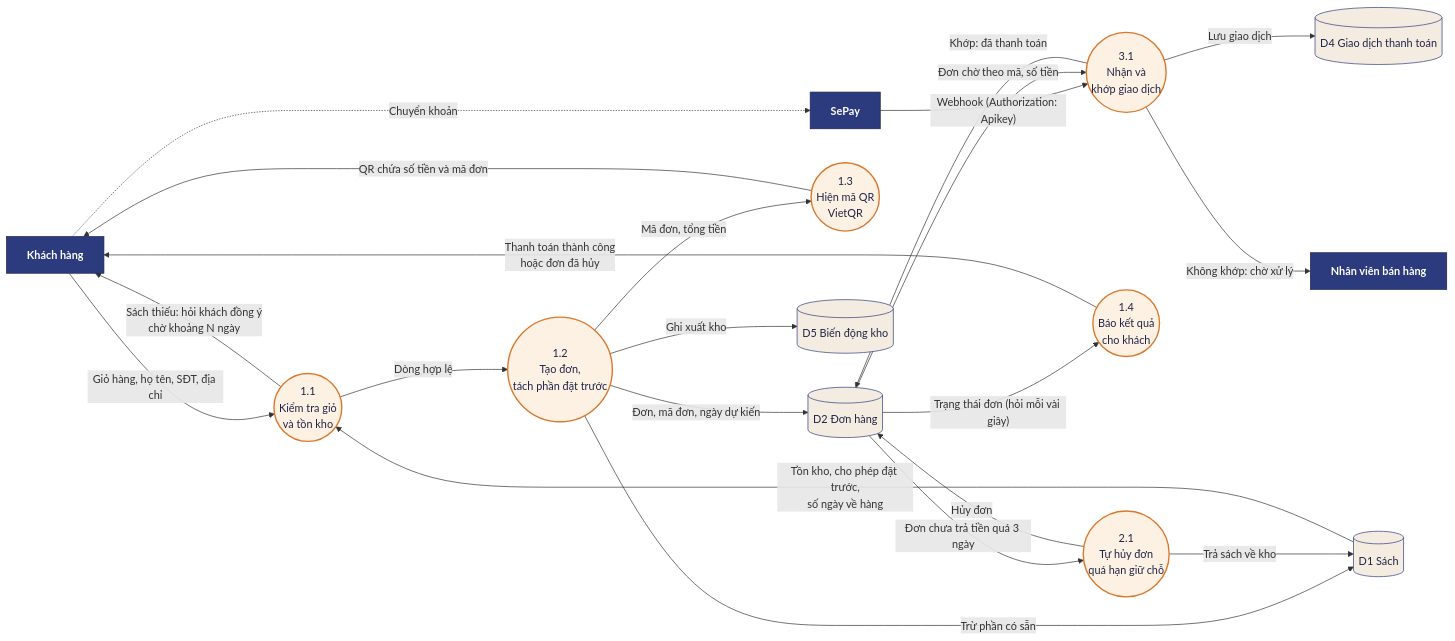
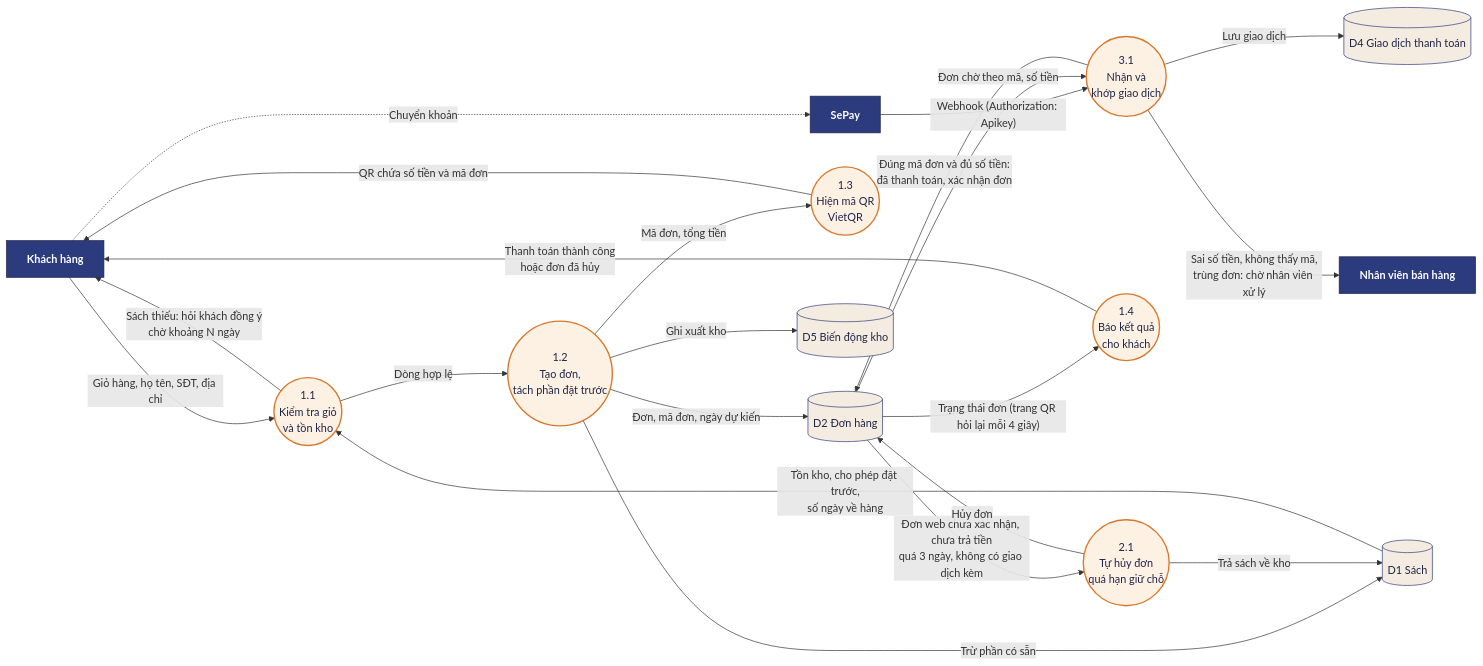
One commit to tonga-ai-star/HEPSTORE_JAPAN_FULL changed the diagram in docs/diagrams/DFD_muc_2_dat_hang_thanh_toan.mmd. Above: the diagram before and after it, drawn with Mermaid. The commit also changed 10 other files, not shown here.

Commit message:
docs: sửa sơ đồ cho khớp code (tự hủy đơn, khớp giao dịch, middleware, lời nhắn); đổi tên trang /admin/ sang Hép Bookstore

```diff
--- a/docs/diagrams/DFD_muc_2_dat_hang_thanh_toan.mmd
+++ b/docs/diagrams/DFD_muc_2_dat_hang_thanh_toan.mmd
@@ -1,37 +1,37 @@
 flowchart LR
   KH["Khách hàng"]:::ent
   SP["SePay"]:::ent
   NV["Nhân viên bán hàng"]:::ent
   P11(("1.1<br/>Kiểm tra giỏ<br/>và tồn kho")):::proc
   P12(("1.2<br/>Tạo đơn,<br/>tách phần đặt trước")):::proc
   P13(("1.3<br/>Hiện mã QR<br/>VietQR")):::proc
   P31(("3.1<br/>Nhận và<br/>khớp giao dịch")):::proc
   P14(("1.4<br/>Báo kết quả<br/>cho khách")):::proc
   P21(("2.1<br/>Tự hủy đơn<br/>quá hạn giữ chỗ")):::proc
   D1[("D1 Sách")]:::store
   D2[("D2 Đơn hàng")]:::store
   D4[("D4 Giao dịch thanh toán")]:::store
   D5[("D5 Biến động kho")]:::store
   KH -- "Giỏ hàng, họ tên, SĐT, địa chỉ" --> P11
   D1 -- "Tồn kho, cho phép đặt trước,<br/>số ngày về hàng" --> P11
   P11 -- "Sách thiếu: hỏi khách đồng ý<br/>chờ khoảng N ngày" --> KH
   P11 -- "Dòng hợp lệ" --> P12
   P12 -- "Trừ phần có sẵn" --> D1
   P12 -- "Ghi xuất kho" --> D5
   P12 -- "Đơn, mã đơn, ngày dự kiến" --> D2
   P12 -- "Mã đơn, tổng tiền" --> P13
   P13 -- "QR chứa số tiền và mã đơn" --> KH
   KH -. "Chuyển khoản" .-> SP
   SP -- "Webhook (Authorization: Apikey)" --> P31
   P31 -- "Lưu giao dịch" --> D4
   D2 -- "Đơn chờ theo mã, số tiền" --> P31
-  P31 -- "Khớp: đã thanh toán" --> D2
-  P31 -- "Không khớp: chờ xử lý" --> NV
-  D2 -- "Trạng thái đơn (hỏi mỗi vài giây)" --> P14
+  P31 -- "Đúng mã đơn và đủ số tiền:<br/>đã thanh toán, xác nhận đơn" --> D2
+  P31 -- "Sai số tiền, không thấy mã,<br/>trùng đơn: chờ nhân viên xử lý" --> NV
+  D2 -- "Trạng thái đơn (trang QR hỏi lại mỗi 4 giây)" --> P14
   P14 -- "Thanh toán thành công<br/>hoặc đơn đã hủy" --> KH
-  D2 -- "Đơn chưa trả tiền quá 3 ngày" --> P21
+  D2 -- "Đơn web chưa xác nhận, chưa trả tiền<br/>quá 3 ngày, không có giao dịch kèm" --> P21
   P21 -- "Hủy đơn" --> D2
   P21 -- "Trả sách về kho" --> D1
   classDef ent fill:#2c3a7e,stroke:#1f2547,color:#ffffff,font-weight:bold
   classDef proc fill:#fdf1e4,stroke:#d9772b,stroke-width:2px,color:#1f2547
   classDef store fill:#f4ece0,stroke:#2c3a7e,stroke-dasharray:0,color:#1f2547
```
